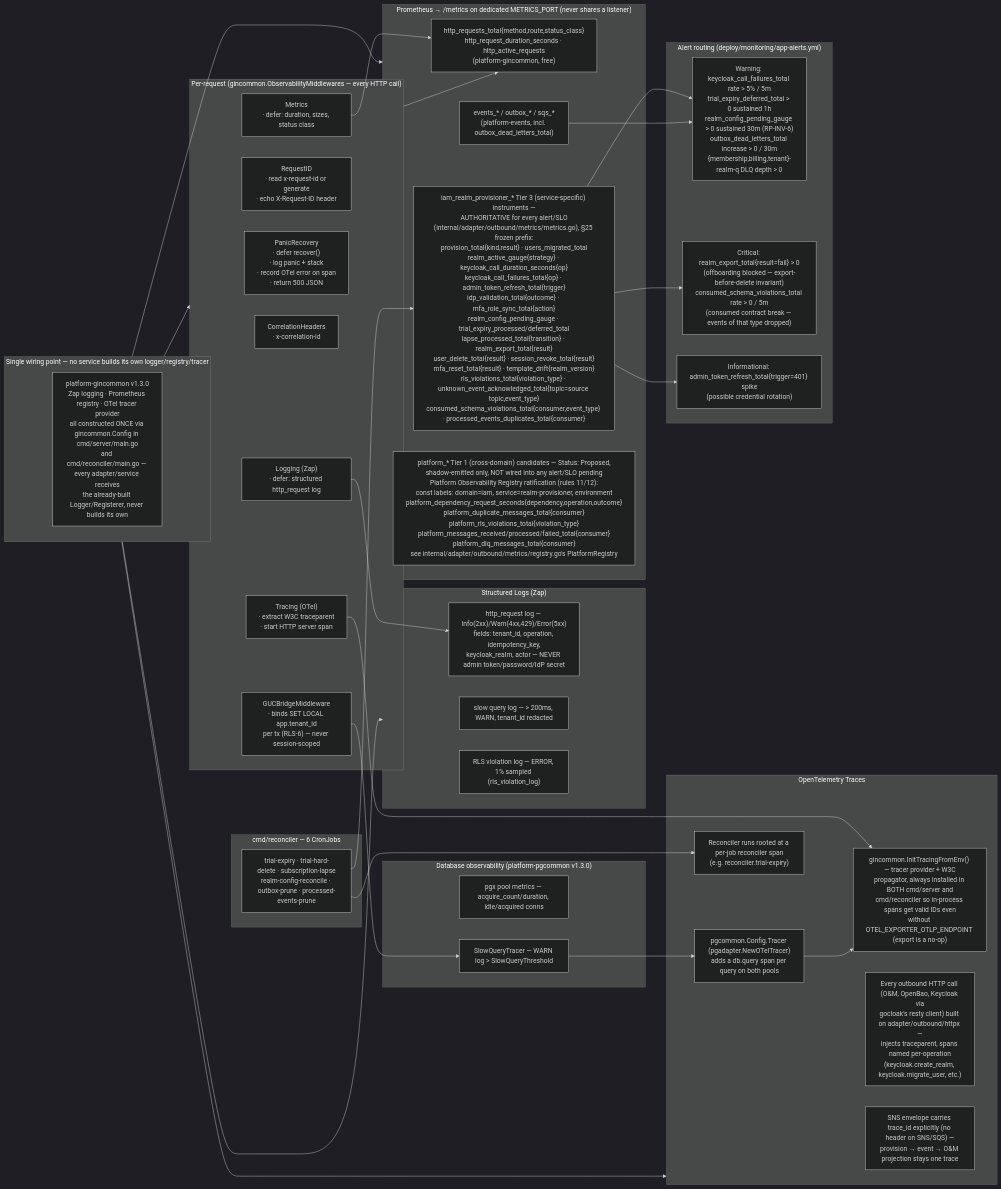
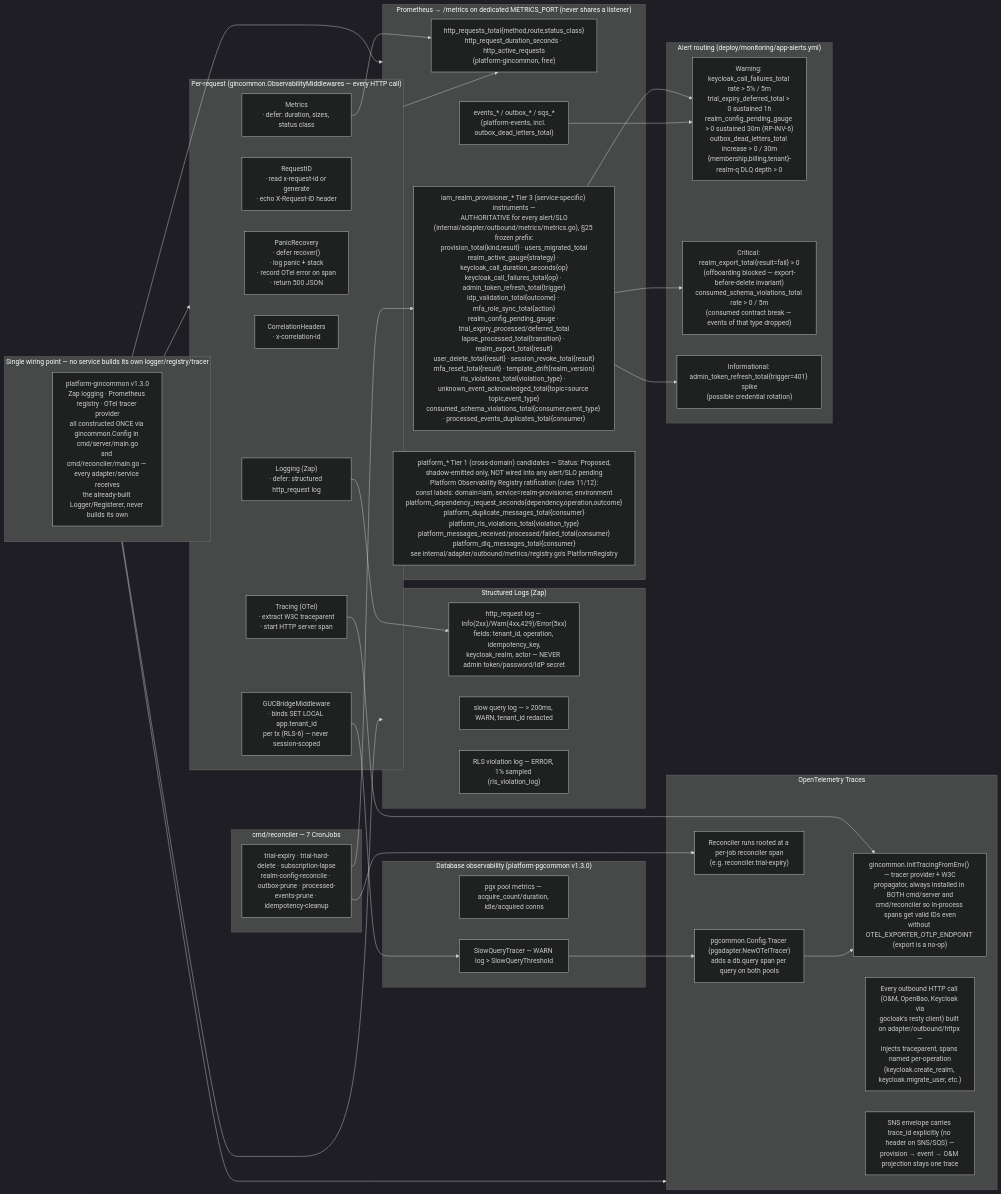
The eighth of 10 diagrams in ARCHITECTURE.md (BCBP-SOLUTIONS-FZC-LLC/iam-realm-provisioner), drawn with Mermaid (dark theme) before and after one commit. The commit also changed other lines of this file and 98 other files, not shown here.

````diff
--- a/ARCHITECTURE.md
+++ b/ARCHITECTURE.md
@@ -622,70 +622,70 @@
 ```mermaid
 graph LR
     subgraph request["Per-request (gincommon.ObservabilityMiddlewares — every HTTP call)"]
         panic["PanicRecovery\n· defer recover()\n· log panic + stack\n· record OTel error on span\n· return 500 JSON"]
         reqid["RequestID\n· read x-request-id or generate\n· echo X-Request-ID header"]
         trace["Tracing (OTel)\n· extract W3C traceparent\n· start HTTP server span"]
         corr["CorrelationHeaders\n· x-correlation-id"]
         metricsmw["Metrics\n· defer: duration, sizes, status class"]
         logging["Logging (Zap)\n· defer: structured http_request log"]
         guc["GUCBridgeMiddleware\n· binds SET LOCAL app.tenant_id\nper tx (RLS-6) — never session-scoped"]
     end
 
     subgraph gincommon_only["Single wiring point — no service builds its own logger/registry/tracer"]
         gc1["platform-gincommon v1.3.0\nZap logging · Prometheus registry · OTel tracer provider\nall constructed ONCE via gincommon.Config in cmd/server/main.go\nand cmd/reconciler/main.go — every adapter/service receives\nthe already-built Logger/Registerer, never builds its own"]
     end
 
     subgraph prom["Prometheus  →  /metrics on dedicated METRICS_PORT (never shares a listener)"]
         p1["http_requests_total{method,route,status_class}\nhttp_request_duration_seconds · http_active_requests\n(platform-gincommon, free)"]
         p2["events_* / outbox_* / sqs_*\n(platform-events, incl. outbox_dead_letters_total)"]
         p3["iam_realm_provisioner_* Tier 3 (service-specific) instruments —\nAUTHORITATIVE for every alert/SLO\n(internal/adapter/outbound/metrics/metrics.go), §25 frozen prefix:\nprovision_total{kind,result} · users_migrated_total\nrealm_active_gauge{strategy} · keycloak_call_duration_seconds{op}\nkeycloak_call_failures_total{op} · admin_token_refresh_total{trigger}\nidp_validation_total{outcome} · mfa_role_sync_total{action}\nrealm_config_pending_gauge · trial_expiry_processed/deferred_total\nlapse_processed_total{transition} · realm_export_total{result}\nuser_delete_total{result} · session_revoke_total{result}\nmfa_reset_total{result} · template_drift{realm_version}\nrls_violations_total{violation_type} · unknown_event_acknowledged_total{topic=source topic,event_type}\nconsumed_schema_violations_total{consumer,event_type} · processed_events_duplicates_total{consumer}"]
         p4["platform_* Tier 1 (cross-domain) candidates — Status: Proposed,\nshadow-emitted only, NOT wired into any alert/SLO pending\nPlatform Observability Registry ratification (rules 11/12):\nconst labels: domain=iam, service=realm-provisioner, environment\nplatform_dependency_request_seconds{dependency,operation,outcome}\nplatform_duplicate_messages_total{consumer}\nplatform_rls_violations_total{violation_type}\nplatform_messages_received/processed/failed_total{consumer}\nplatform_dlq_messages_total{consumer}\nsee internal/adapter/outbound/metrics/registry.go's PlatformRegistry"]
     end
 
     subgraph otel["OpenTelemetry Traces"]
         ot1["gincommon.InitTracingFromEnv() — tracer provider + W3C\npropagator, always installed in BOTH cmd/server and\ncmd/reconciler so in-process spans get valid IDs even\nwithout OTEL_EXPORTER_OTLP_ENDPOINT (export is a no-op)"]
         ot2["pgcommon.Config.Tracer (pgadapter.NewOTelTracer)\nadds a db.query span per query on both pools"]
         ot3["Every outbound HTTP call (O&M, OpenBao, Keycloak via\ngocloak's resty client) built on adapter/outbound/httpx —\ninjects traceparent, spans named per-operation\n(keycloak.create_realm, keycloak.migrate_user, etc.)"]
         ot4["SNS envelope carries trace_id explicitly (no header on SNS/SQS) —\nprovision → event → O&M projection stays one trace"]
         ot5["Reconciler runs rooted at a per-job reconciler span\n(e.g. reconciler.trial-expiry)"]
     end
 
     subgraph logs["Structured Logs (Zap)"]
         l1["http_request log — Info(2xx)/Warn(4xx,429)/Error(5xx)\nfields: tenant_id, operation, idempotency_key,\nkeycloak_realm, actor — NEVER admin token/password/IdP secret"]
         l2["slow query log — > 200ms, WARN, tenant_id redacted"]
         l3["RLS violation log — ERROR, 1% sampled (rls_violation_log)"]
     end
 
     subgraph db_obs["Database observability (platform-pgcommon v1.3.0)"]
         db1["pgx pool metrics — acquire_count/duration, idle/acquired conns"]
         db2["SlowQueryTracer — WARN log > SlowQueryThreshold"]
     end
 
-    subgraph cron["cmd/reconciler — 6 CronJobs"]
-        c1["trial-expiry · trial-hard-delete · subscription-lapse\nrealm-config-reconcile · outbox-prune · processed-events-prune"]
+    subgraph cron["cmd/reconciler — 7 CronJobs"]
+        c1["trial-expiry · trial-hard-delete · subscription-lapse\nrealm-config-reconcile · outbox-prune · processed-events-prune · idempotency-cleanup"]
     end
 
     subgraph alerts["Alert routing (deploy/monitoring/app-alerts.yml)"]
         a1["Warning: keycloak_call_failures_total rate > 5% / 5m\ntrial_expiry_deferred_total > 0 sustained 1h\nrealm_config_pending_gauge > 0 sustained 30m (RP-INV-6)\noutbox_dead_letters_total increase > 0 / 30m\n{membership,billing,tenant}-realm-q DLQ depth > 0"]
         a2["Critical: realm_export_total{result=fail} > 0\n(offboarding blocked — export-before-delete invariant)\nconsumed_schema_violations_total rate > 0 / 5m\n(consumed contract break — events of that type dropped)"]
         a3["Informational: admin_token_refresh_total{trigger=401} spike\n(possible credential rotation)"]
     end
 
     gincommon_only --> request
     gincommon_only --> prom
     gincommon_only --> logs
     gincommon_only --> otel
     request --> p1
     metricsmw --> p1
     trace --> ot1
     logging --> l1
     guc --> db2
     db2 --> ot2
     ot2 --> ot1
     c1 --> p3
     c1 --> ot5
     p3 --> a1
     p3 --> a2
     p3 --> a3
     p2 --> a1
 ```
````
